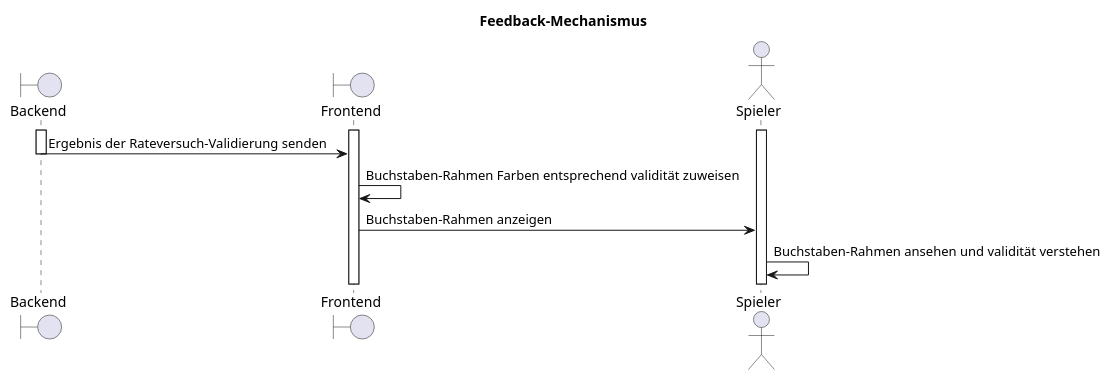
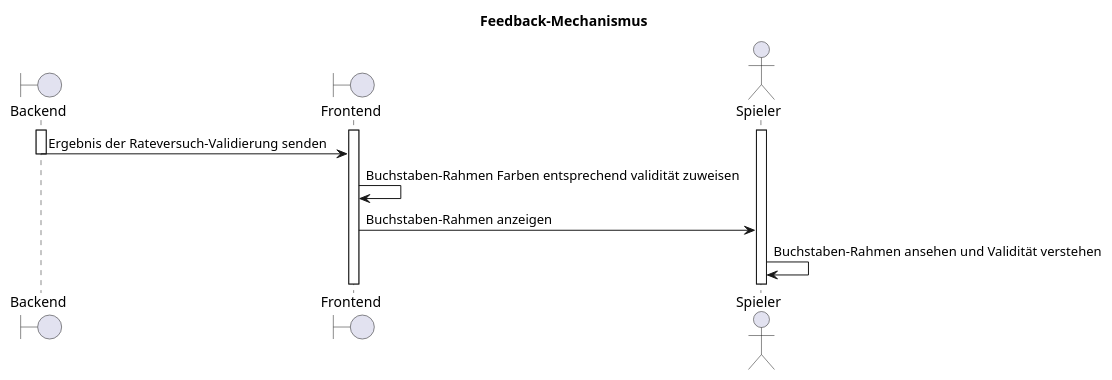
One commit to wordle-time/wordle-time changed the diagram in docs/requirements-src/F002/F002-seq.plantuml. Above: the diagram before and after it, drawn with PlantUML. The commit also changed 9 other files, not shown here.

Commit message:
F002, F003: Test-Case description and diagram adj

```diff
--- a/docs/requirements-src/F002/F002-seq.plantuml
+++ b/docs/requirements-src/F002/F002-seq.plantuml
@@ -1,17 +1,17 @@
 @startuml F002_seq
 title "Feedback-Mechanismus"
 
 boundary "Backend" as backend
 boundary "Frontend" as frontend
 actor "Spieler" as user
 
 activate backend
 activate frontend
 activate user
 
 backend -> frontend: Ergebnis der Rateversuch-Validierung senden
 deactivate backend
 frontend -> frontend: Buchstaben-Rahmen Farben entsprechend validität zuweisen
 frontend -> user: Buchstaben-Rahmen anzeigen
-user -> user: Buchstaben-Rahmen ansehen und validität verstehen
+user -> user: Buchstaben-Rahmen ansehen und Validität verstehen
 @enduml
```
